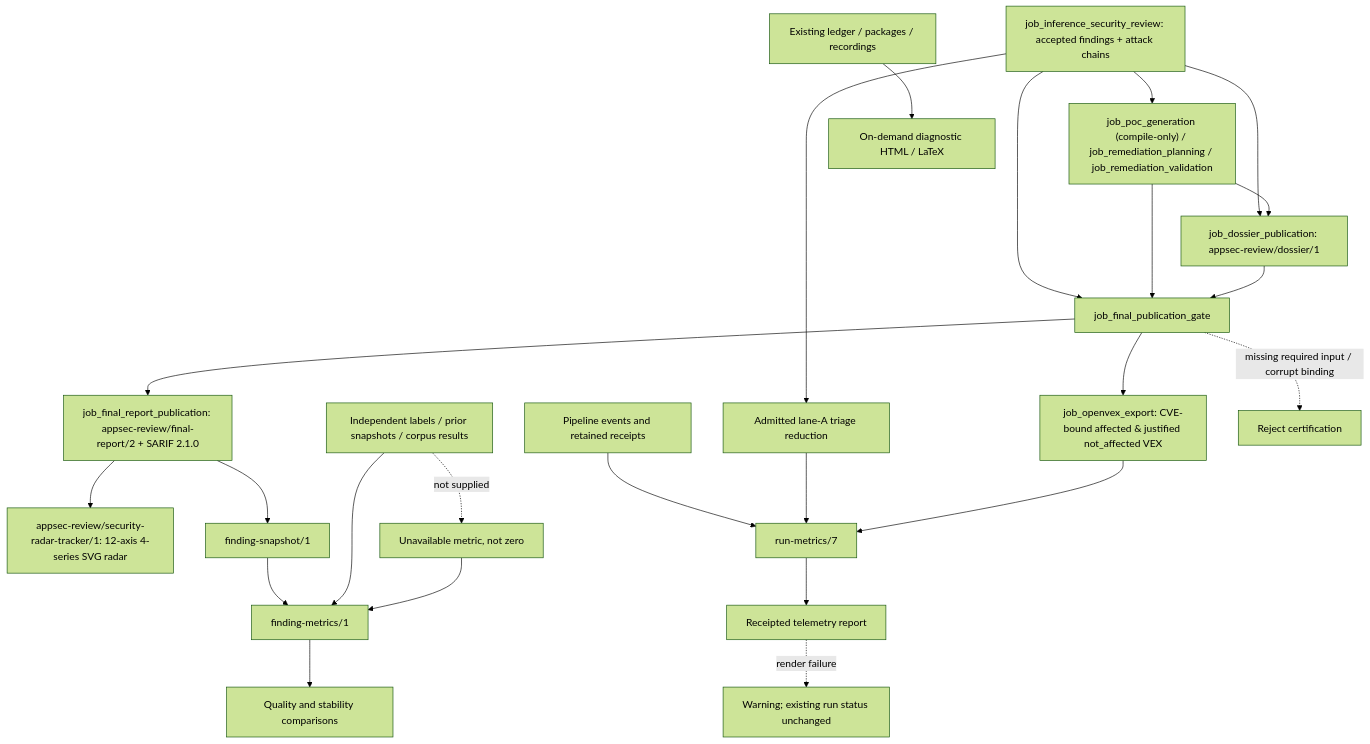
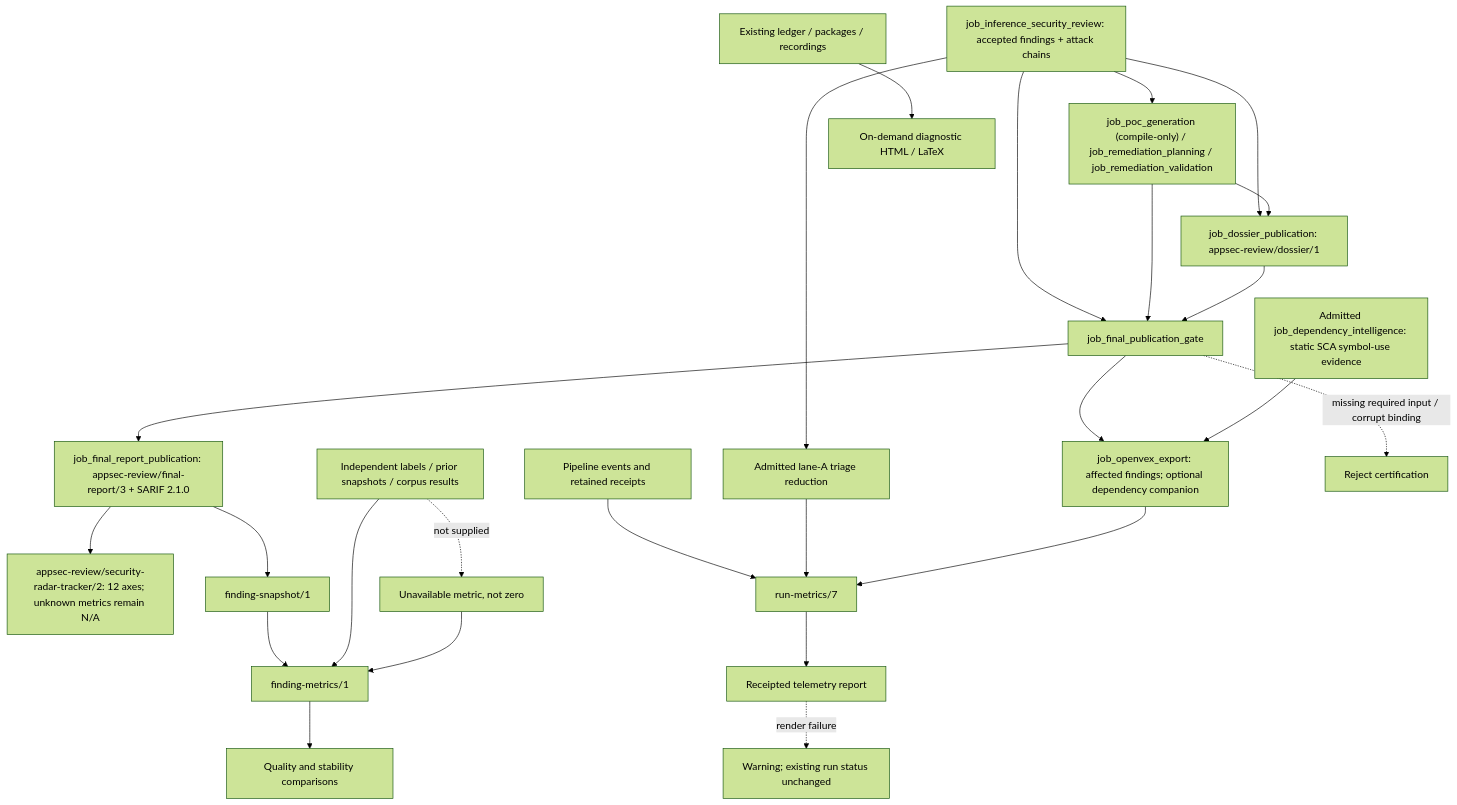
Before and after one commit to wsollers/appsec-review: the diagram in docs/architecture/reporting-and-metrics.md, drawn with Mermaid (forest theme). The commit also changed other lines of this file and 23 other files, not shown here.

````diff
--- a/docs/architecture/reporting-and-metrics.md
+++ b/docs/architecture/reporting-and-metrics.md
@@ -264,26 +282,27 @@
 ```mermaid
 flowchart TD
   review["job_inference_security_review: accepted findings + attack chains"] --> engineering["job_poc_generation (compile-only) / job_remediation_planning / job_remediation_validation"]
   review --> dossiers["job_dossier_publication: appsec-review/dossier/1"]
   engineering --> dossiers
   review --> gate["job_final_publication_gate"]
   engineering --> gate
   dossiers --> gate
-  gate --> report["job_final_report_publication: appsec-review/final-report/2 + SARIF 2.1.0"]
-  report --> radar["appsec-review/security-radar-tracker/1: 12-axis 4-series SVG radar"]
-  gate --> vex["job_openvex_export: CVE-bound affected & justified not_affected VEX"]
+  gate --> report["job_final_report_publication: appsec-review/final-report/3 + SARIF 2.1.0"]
+  report --> radar["appsec-review/security-radar-tracker/2: 12 axes; unknown metrics remain N/A"]
+  gate --> vex["job_openvex_export: affected findings; optional dependency companion"]
+  dependencies["Admitted job_dependency_intelligence: static SCA symbol-use evidence"] --> vex
   report --> snapshot["finding-snapshot/1"]
   snapshot --> scorecard["finding-metrics/1"]
   independent["Independent labels / prior snapshots / corpus results"] --> scorecard
   scorecard --> trends["Quality and stability comparisons"]
   events["Pipeline events and retained receipts"] --> metrics["run-metrics/7"]
   review --> triage["Admitted lane-A triage reduction"]
   triage --> metrics
   vex --> metrics
   metrics --> telemetry["Receipted telemetry report"]
   diagnostic["Existing ledger / packages / recordings"] --> view["On-demand diagnostic HTML / LaTeX"]
   gate -. "missing required input / corrupt binding" .-> reject["Reject certification"]
   independent -. "not supplied" .-> unknown["Unavailable metric, not zero"]
   unknown --> scorecard
   telemetry -. "render failure" .-> warning["Warning; existing run status unchanged"]
 ```
````
